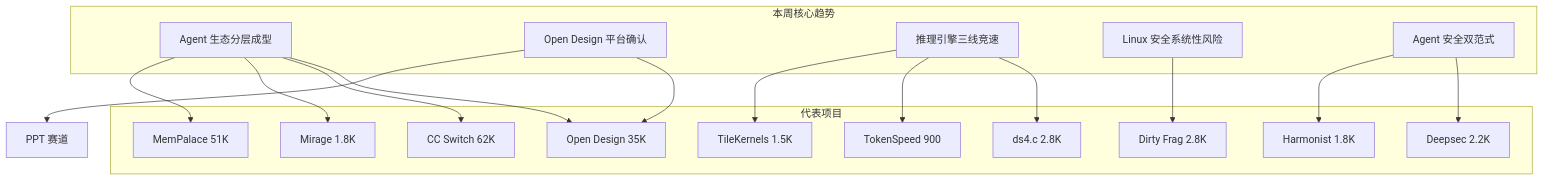
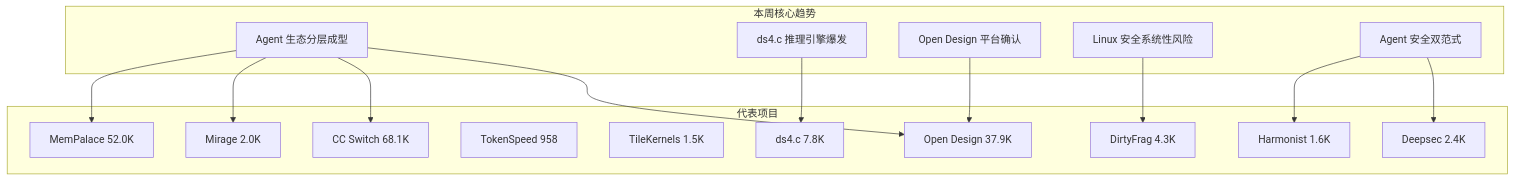
One commit to lohasle/github-researcher changed the first of 2 diagrams in daily/2026-05-10.md. Above: the diagram before and after it, drawn with Mermaid. The commit also changed other lines of this file and 16 other files, not shown here.

````diff
--- a/daily/2026-05-10.md
+++ b/daily/2026-05-10.md
@@ -106,36 +106,33 @@
 ```mermaid
 graph TB
     subgraph 本周核心趋势
         A[Agent 生态分层成型]
-        B[Open Design 平台确认]
-        C[推理引擎三线竞速]
+        B[ds4.c 推理引擎爆发]
+        C[Open Design 平台确认]
         D[Linux 安全系统性风险]
         E[Agent 安全双范式]
     end
 
     subgraph 代表项目
-        F[Open Design 35K]
-        G[CC Switch 62K]
-        H[ds4.c 2.8K]
-        I[TokenSpeed 900]
+        F[Open Design 37.9K]
+        G[CC Switch 68.1K]
+        H[ds4.c 7.8K]
+        I[TokenSpeed 958]
         J[TileKernels 1.5K]
-        K[Dirty Frag 2.8K]
-        L[Deepsec 2.2K]
-        M[Harmonist 1.8K]
-        N[Mirage 1.8K]
-        O[MemPalace 51K]
+        K[DirtyFrag 4.3K]
+        L[Deepsec 2.4K]
+        M[Harmonist 1.6K]
+        N[Mirage 2.0K]
+        O[MemPalace 52.0K]
     end
 
     A --> F
     A --> G
     A --> N
     A --> O
-    B --> F
-    B --> PPT[PPT 赛道]
-    C --> H
-    C --> I
-    C --> J
+    B --> H
+    C --> F
     D --> K
     E --> L
     E --> M
 ```
````
